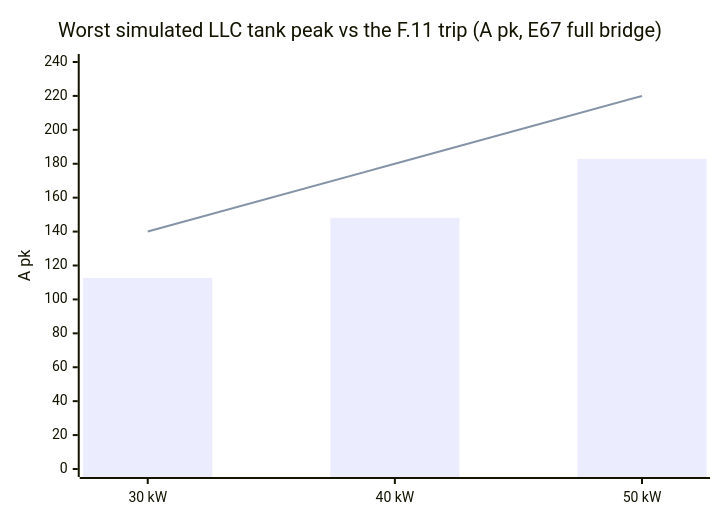
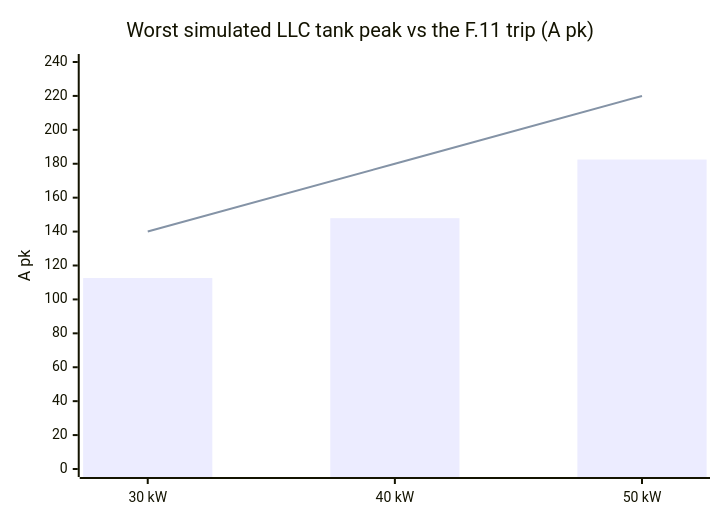
The first of 5 diagrams in docs/current-coordination.md (vectivolt/DC-Modules), drawn with Mermaid before and after one commit. The commit also changed other lines of this file and 802 other files, not shown here.

````diff
--- a/docs/current-coordination.md
+++ b/docs/current-coordination.md
@@ -68,8 +53,8 @@
 ```mermaid
 xychart-beta
-  title "Worst simulated LLC tank peak vs the F.11 trip (A pk, E67 full bridge)"
+  title "Worst simulated LLC tank peak vs the F.11 trip (A pk)"
   x-axis ["30 kW", "40 kW", "50 kW"]
   y-axis "A pk" 0 --> 240
-  bar [112.7, 148.1, 182.8]
+  bar [112.6, 147.9, 182.5]
   line [140, 180, 220]
 ```
````
